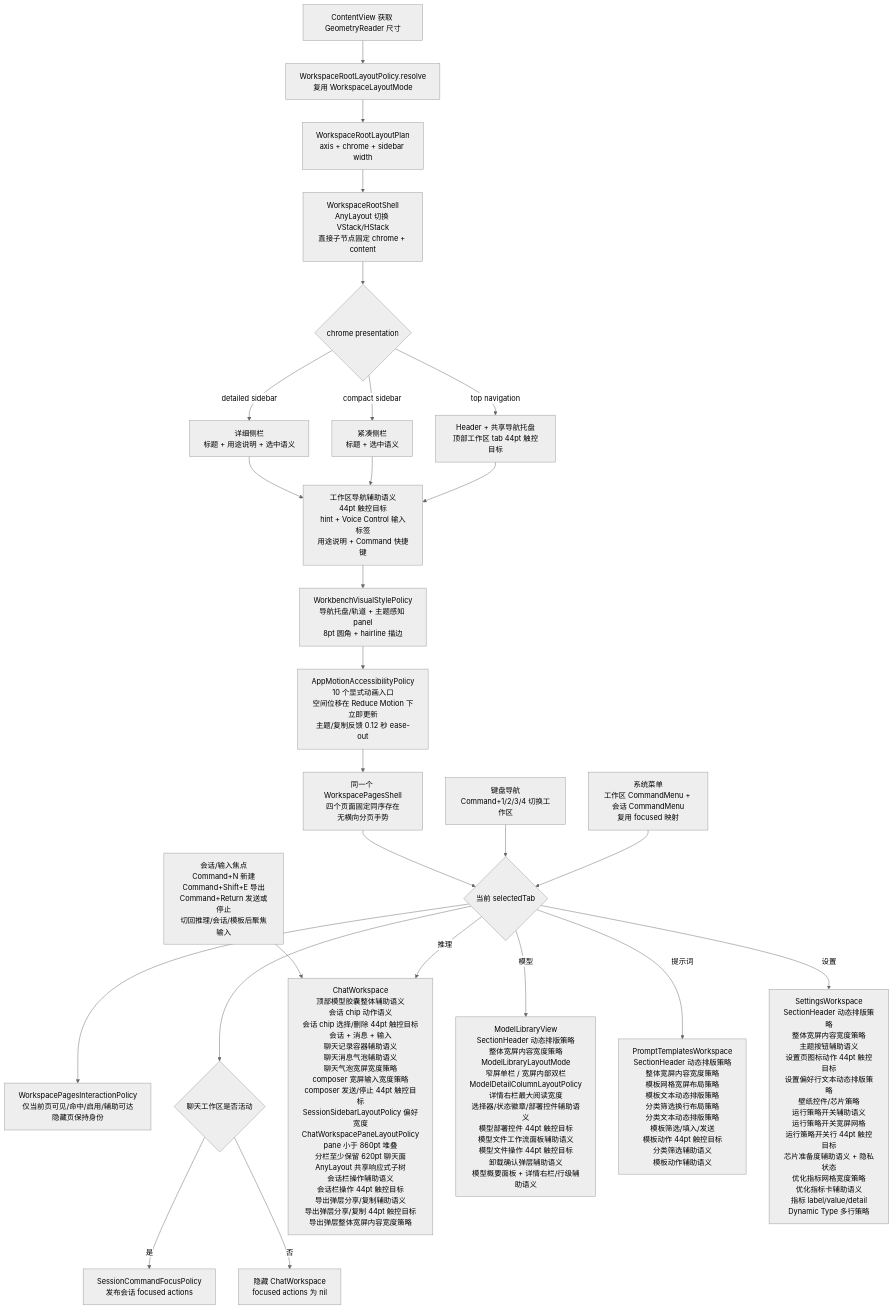
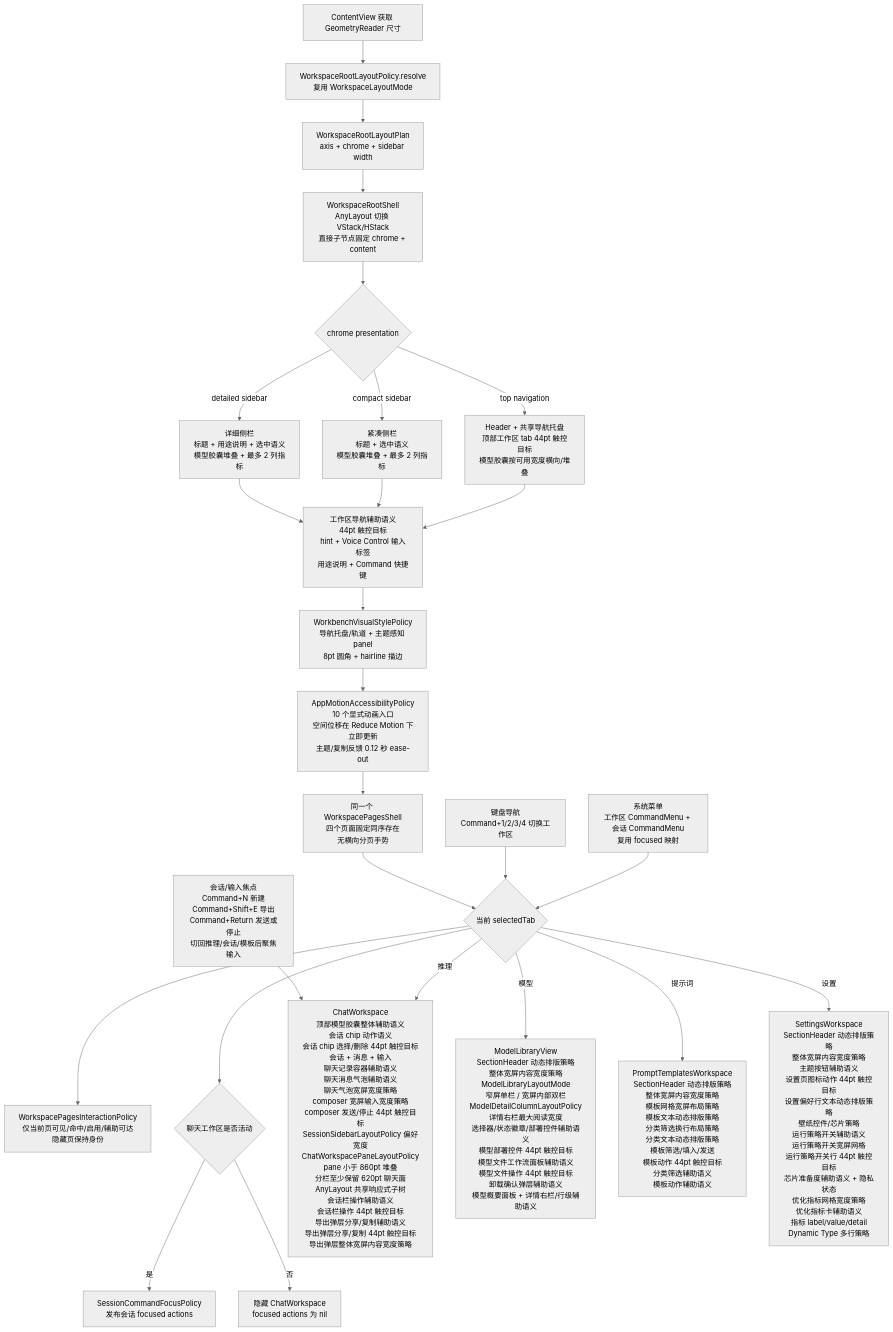
One commit to Altman-sam114/113 changed the fifth of 10 diagrams in md/flow/flowchart.md. Above: the diagram before and after it, drawn with Mermaid (neutral theme). The commit also changed other lines of this file and 8 other files, not shown here.

````diff
--- a/md/flow/flowchart.md
+++ b/md/flow/flowchart.md
@@ -94,28 +94,28 @@
 ```mermaid
 flowchart TD
     A[ContentView 获取 GeometryReader 尺寸] --> B[WorkspaceRootLayoutPolicy.resolve<br/>复用 WorkspaceLayoutMode]
     B --> C[WorkspaceRootLayoutPlan<br/>axis + chrome + sidebar width]
     C --> D[WorkspaceRootShell<br/>AnyLayout 切换 VStack/HStack<br/>直接子节点固定 chrome + content]
     D --> E{chrome presentation}
-    E -- top navigation --> N[Header + 共享导航托盘<br/>顶部工作区 tab 44pt 触控目标]
-    E -- detailed sidebar --> O[详细侧栏<br/>标题 + 用途说明 + 选中语义]
-    E -- compact sidebar --> P[紧凑侧栏<br/>标题 + 选中语义]
+    E -- top navigation --> N[Header + 共享导航托盘<br/>顶部工作区 tab 44pt 触控目标<br/>模型胶囊按可用宽度横向/堆叠]
+    E -- detailed sidebar --> O[详细侧栏<br/>标题 + 用途说明 + 选中语义<br/>模型胶囊堆叠 + 最多 2 列指标]
+    E -- compact sidebar --> P[紧凑侧栏<br/>标题 + 选中语义<br/>模型胶囊堆叠 + 最多 2 列指标]
     O --> X[工作区导航辅助语义<br/>44pt 触控目标<br/>hint + Voice Control 输入标签<br/>用途说明 + Command 快捷键]
     P --> X
     X --> V[WorkbenchVisualStylePolicy<br/>导航托盘/轨道 + 主题感知 panel<br/>8pt 圆角 + hairline 描边]
     V --> R[AppMotionAccessibilityPolicy<br/>10 个显式动画入口<br/>空间位移在 Reduce Motion 下立即更新<br/>主题/复制反馈 0.12 秒 ease-out]
     R --> T[同一个 WorkspacePagesShell<br/>四个页面固定同序存在<br/>无横向分页手势]
     N --> X
     T --> F{当前 selectedTab}
     F --> Y[WorkspacePagesInteractionPolicy<br/>仅当前页可见/命中/启用/辅助可达<br/>隐藏页保持身份]
     K[键盘导航<br/>Command+1/2/3/4 切换工作区] --> F
     M[系统菜单<br/>工作区 CommandMenu + 会话 CommandMenu<br/>复用 focused 映射] --> F
     F --> Q{聊天工作区是否活动}
     Q -- 是 --> S[SessionCommandFocusPolicy<br/>发布会话 focused actions]
     Q -- 否 --> U[隐藏 ChatWorkspace<br/>focused actions 为 nil]
     L[会话/输入焦点<br/>Command+N 新建<br/>Command+Shift+E 导出<br/>Command+Return 发送或停止<br/>切回推理/会话/模板后聚焦输入] --> G
     F -- 推理 --> G[ChatWorkspace<br/>顶部模型胶囊整体辅助语义<br/>会话 chip 动作语义<br/>会话 chip 选择/删除 44pt 触控目标<br/>会话 + 消息 + 输入<br/>聊天记录容器辅助语义<br/>聊天消息气泡辅助语义<br/>聊天气泡宽屏宽度策略<br/>composer 宽屏输入宽度策略<br/>composer 发送/停止 44pt 触控目标<br/>SessionSidebarLayoutPolicy 偏好宽度<br/>ChatWorkspacePaneLayoutPolicy<br/>pane 小于 860pt 堆叠<br/>分栏至少保留 620pt 聊天面<br/>AnyLayout 共享响应式子树<br/>会话栏操作辅助语义<br/>会话栏操作 44pt 触控目标<br/>导出弹层分享/复制辅助语义<br/>导出弹层分享/复制 44pt 触控目标<br/>导出弹层整体宽屏内容宽度策略]
     F -- 模型 --> H[ModelLibraryView<br/>SectionHeader 动态排版策略<br/>整体宽屏内容宽度策略<br/>ModelLibraryLayoutMode<br/>窄屏单栏 / 宽屏内部双栏<br/>ModelDetailColumnLayoutPolicy<br/>详情右栏最大阅读宽度<br/>选择器/状态徽章/部署控件辅助语义<br/>模型部署控件 44pt 触控目标<br/>模型文件工作流面板辅助语义<br/>模型文件操作 44pt 触控目标<br/>卸载确认弹层辅助语义<br/>模型概要面板 + 详情右栏/行级辅助语义]
     F -- 提示词 --> I[PromptTemplatesWorkspace<br/>SectionHeader 动态排版策略<br/>整体宽屏内容宽度策略<br/>模板网格宽屏布局策略<br/>模板文本动态排版策略<br/>分类筛选换行布局策略<br/>分类文本动态排版策略<br/>模板筛选/填入/发送<br/>模板动作 44pt 触控目标<br/>分类筛选辅助语义<br/>模板动作辅助语义]
     F -- 设置 --> J[SettingsWorkspace<br/>SectionHeader 动态排版策略<br/>整体宽屏内容宽度策略<br/>主题按钮辅助语义<br/>设置页图标动作 44pt 触控目标<br/>设置偏好行文本动态排版策略<br/>壁纸控件/芯片策略<br/>运行策略开关辅助语义<br/>运行策略开关宽屏网格<br/>运行策略开关行 44pt 触控目标<br/>芯片准备度辅助语义 + 隐私状态<br/>优化指标网格宽度策略<br/>优化指标卡辅助语义<br/>指标 label/value/detail<br/>Dynamic Type 多行策略]
 ```
````
